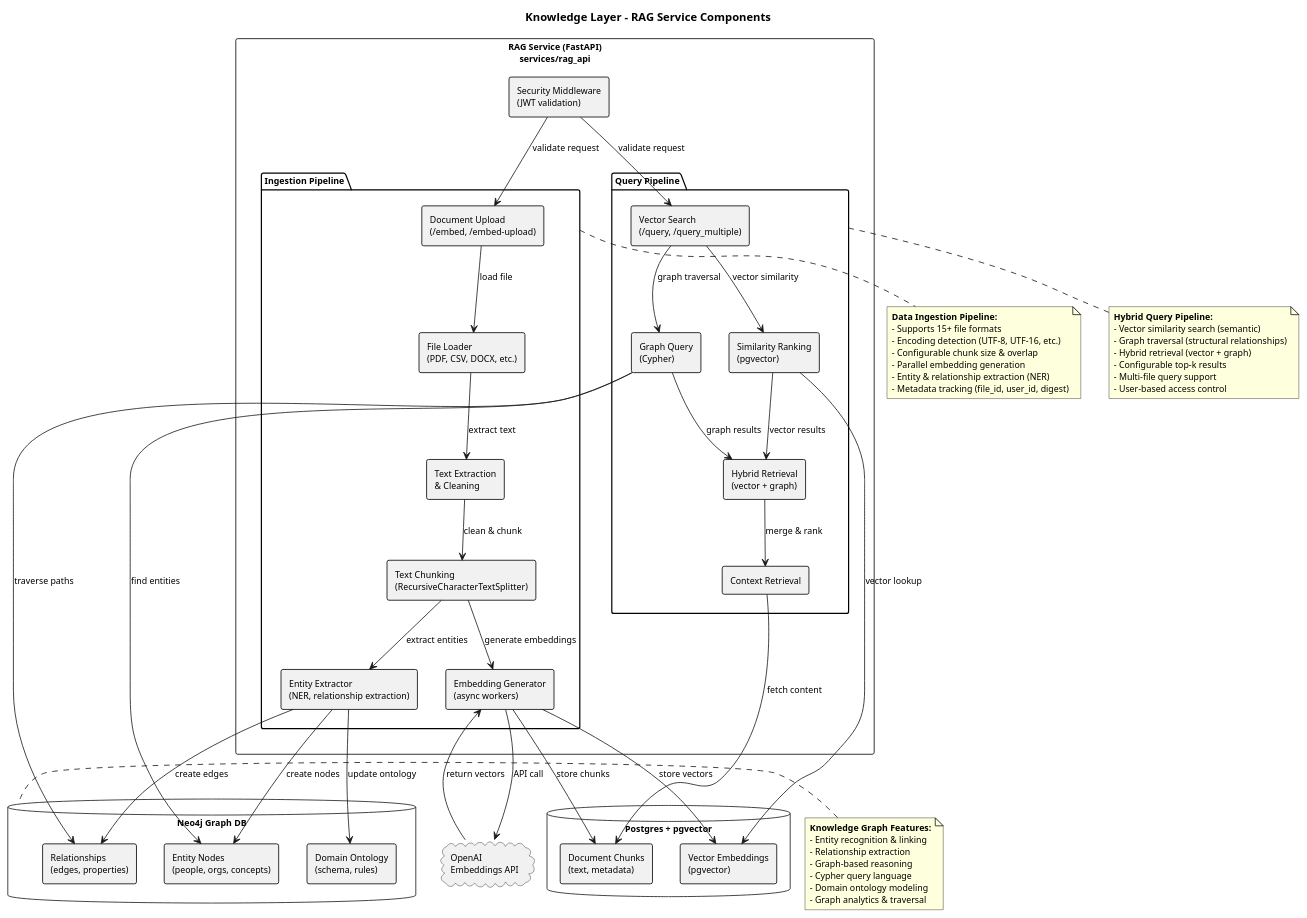
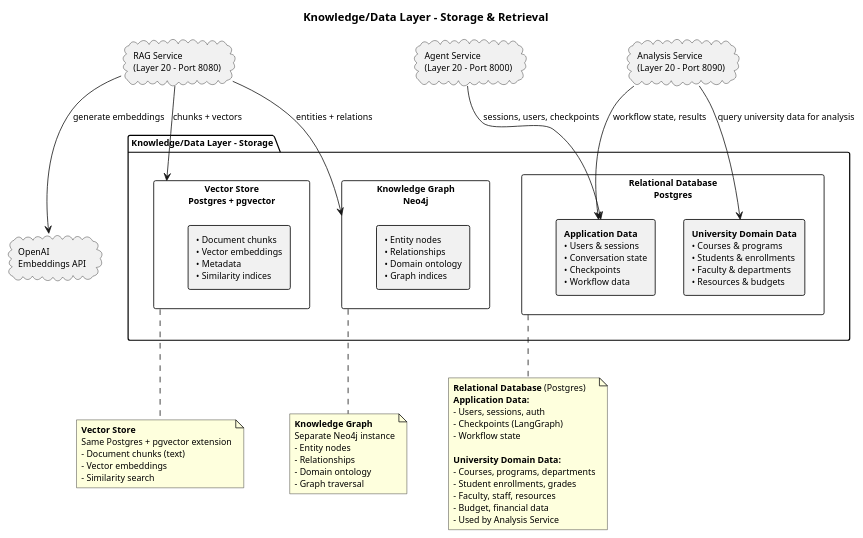
Before and after one commit to HenryNVP/strategic_planning_AI: the diagram in architecture/A30_layer_knowledge_data.puml, drawn with PlantUML. The commit also changed 6 other files, not shown here.

Commit message:
hierarchy architecture

```diff
--- a/architecture/A30_layer_knowledge_data.puml
+++ b/architecture/A30_layer_knowledge_data.puml
@@ -1,103 +1,78 @@
 @startuml A30_layer_knowledge_data
-title Knowledge Layer – RAG Service Components
+title Knowledge/Data Layer – Storage & Retrieval
 
 skinparam shadowing false
 skinparam defaultFontName Arial
 skinparam defaultFontSize 11
 skinparam rectangle {
   BorderColor #000000
   BorderThickness 1
 }
 
-rectangle "RAG Service (FastAPI)\nservices/rag_api" as RAG_SERVICE {
-  rectangle "Security Middleware\n(JWT validation)" as SECURITY
+package "Knowledge/Data Layer - Storage" as KNOWLEDGE_LAYER {
   
-  package "Ingestion Pipeline" as INGESTION {
-    rectangle "Document Upload\n(/embed, /embed-upload)" as UPLOAD
-    rectangle "File Loader\n(PDF, CSV, DOCX, etc.)" as LOADER
-    rectangle "Text Extraction\n& Cleaning" as EXTRACTOR
-    rectangle "Text Chunking\n(RecursiveCharacterTextSplitter)" as CHUNKER
-    rectangle "Embedding Generator\n(async workers)" as EMBEDDER
-    rectangle "Entity Extractor\n(NER, relationship extraction)" as NER
+  rectangle "**Relational Database**\nPostgres" as RELATIONAL_DB {
+    rectangle "**Application Data**\n• Users & sessions\n• Conversation state\n• Checkpoints\n• Workflow data" as APP_DATA
+    rectangle "**University Domain Data**\n• Courses & programs\n• Students & enrollments\n• Faculty & departments\n• Resources & budgets" as DOMAIN_DATA
   }
   
-  package "Query Pipeline" as QUERY_PIPE {
-    rectangle "Vector Search\n(/query, /query_multiple)" as SEARCH
-    rectangle "Similarity Ranking\n(pgvector)" as RANKING
-    rectangle "Graph Query\n(Cypher)" as GRAPH_QUERY
-    rectangle "Hybrid Retrieval\n(vector + graph)" as HYBRID
-    rectangle "Context Retrieval" as RETRIEVAL
+  rectangle "**Vector Store**\nPostgres + pgvector" as VECTOR_STORE {
+    rectangle "• Document chunks\n• Vector embeddings\n• Metadata\n• Similarity indices" as VECTOR_CORE
+  }
+  
+  rectangle "**Knowledge Graph**\nNeo4j" as KNOWLEDGE_GRAPH {
+    rectangle "• Entity nodes\n• Relationships\n• Domain ontology\n• Graph indices" as GRAPH_CORE
   }
 }
 
-database "Postgres + pgvector" as DB {
-  rectangle "Document Chunks\n(text, metadata)" as CHUNKS
-  rectangle "Vector Embeddings\n(pgvector)" as EMBEDDINGS
-}
+' Services that use this layer
+cloud "Agent Service\n(Layer 20 - Port 8000)" as AGENT_SERVICE
+cloud "RAG Service\n(Layer 20 - Port 8080)" as RAG_SERVICE
+cloud "Analysis Service\n(Layer 20 - Port 8090)" as ANALYSIS_SERVICE
+cloud "OpenAI\nEmbeddings API" as OPENAI
 
-database "Neo4j Graph DB" as NEO4J {
-  rectangle "Entity Nodes\n(people, orgs, concepts)" as ENTITIES
-  rectangle "Relationships\n(edges, properties)" as RELATIONS
-  rectangle "Domain Ontology\n(schema, rules)" as SCHEMA
-}
+' Agent Service uses Application Data
+AGENT_SERVICE --> APP_DATA : sessions, users, checkpoints
 
-cloud "OpenAI\nEmbeddings API" as EMB_SERVICE
+' RAG Service uses Vector Store & Graph
+RAG_SERVICE --> OPENAI : generate embeddings
+RAG_SERVICE --> VECTOR_STORE : chunks + vectors
+RAG_SERVICE --> KNOWLEDGE_GRAPH : entities + relations
 
-' Ingestion flow
-SECURITY --> UPLOAD : validate request
-UPLOAD --> LOADER : load file
-LOADER --> EXTRACTOR : extract text
-EXTRACTOR --> CHUNKER : clean & chunk
-CHUNKER --> EMBEDDER : generate embeddings
-CHUNKER --> NER : extract entities
-EMBEDDER --> EMB_SERVICE : API call
-EMB_SERVICE --> EMBEDDER : return vectors
-EMBEDDER --> CHUNKS : store chunks
-EMBEDDER --> EMBEDDINGS : store vectors
-NER --> ENTITIES : create nodes
-NER --> RELATIONS : create edges
-NER --> SCHEMA : update ontology
+' Analysis Service uses both Application & Domain Data
+ANALYSIS_SERVICE --> APP_DATA : workflow state, results
+ANALYSIS_SERVICE --> DOMAIN_DATA : query university data for analysis
 
-' Query flow
-SECURITY --> SEARCH : validate request
-SEARCH --> RANKING : vector similarity
-SEARCH --> GRAPH_QUERY : graph traversal
-RANKING --> EMBEDDINGS : vector lookup
-GRAPH_QUERY --> ENTITIES : find entities
-GRAPH_QUERY --> RELATIONS : traverse paths
-RANKING --> HYBRID : vector results
-GRAPH_QUERY --> HYBRID : graph results
-HYBRID --> RETRIEVAL : merge & rank
-RETRIEVAL --> CHUNKS : fetch content
+note bottom of RELATIONAL_DB
+**Relational Database** (Postgres)
+**Application Data:**
+- Users, sessions, auth
+- Checkpoints (LangGraph)
+- Workflow state
 
-note bottom of INGESTION
-**Data Ingestion Pipeline:**
-- Supports 15+ file formats
-- Encoding detection (UTF-8, UTF-16, etc.)
-- Configurable chunk size & overlap
-- Parallel embedding generation
-- Entity & relationship extraction (NER)
-- Metadata tracking (file_id, user_id, digest)
+**University Domain Data:**
+- Courses, programs, departments
+- Student enrollments, grades
+- Faculty, staff, resources
+- Budget, financial data
+- Used by Analysis Service
 end note
 
-note bottom of QUERY_PIPE
-**Hybrid Query Pipeline:**
-- Vector similarity search (semantic)
-- Graph traversal (structural relationships)
-- Hybrid retrieval (vector + graph)
-- Configurable top-k results
-- Multi-file query support
-- User-based access control
+note bottom of VECTOR_STORE
+**Vector Store**
+Same Postgres + pgvector extension
+- Document chunks (text)
+- Vector embeddings
+- Similarity search
 end note
 
-note right of NEO4J
-**Knowledge Graph Features:**
-- Entity recognition & linking
-- Relationship extraction
-- Graph-based reasoning
-- Cypher query language
-- Domain ontology modeling
-- Graph analytics & traversal
+note bottom of KNOWLEDGE_GRAPH
+**Knowledge Graph**
+Separate Neo4j instance
+- Entity nodes
+- Relationships
+- Domain ontology
+- Graph traversal
 end note
 
 @enduml
```
